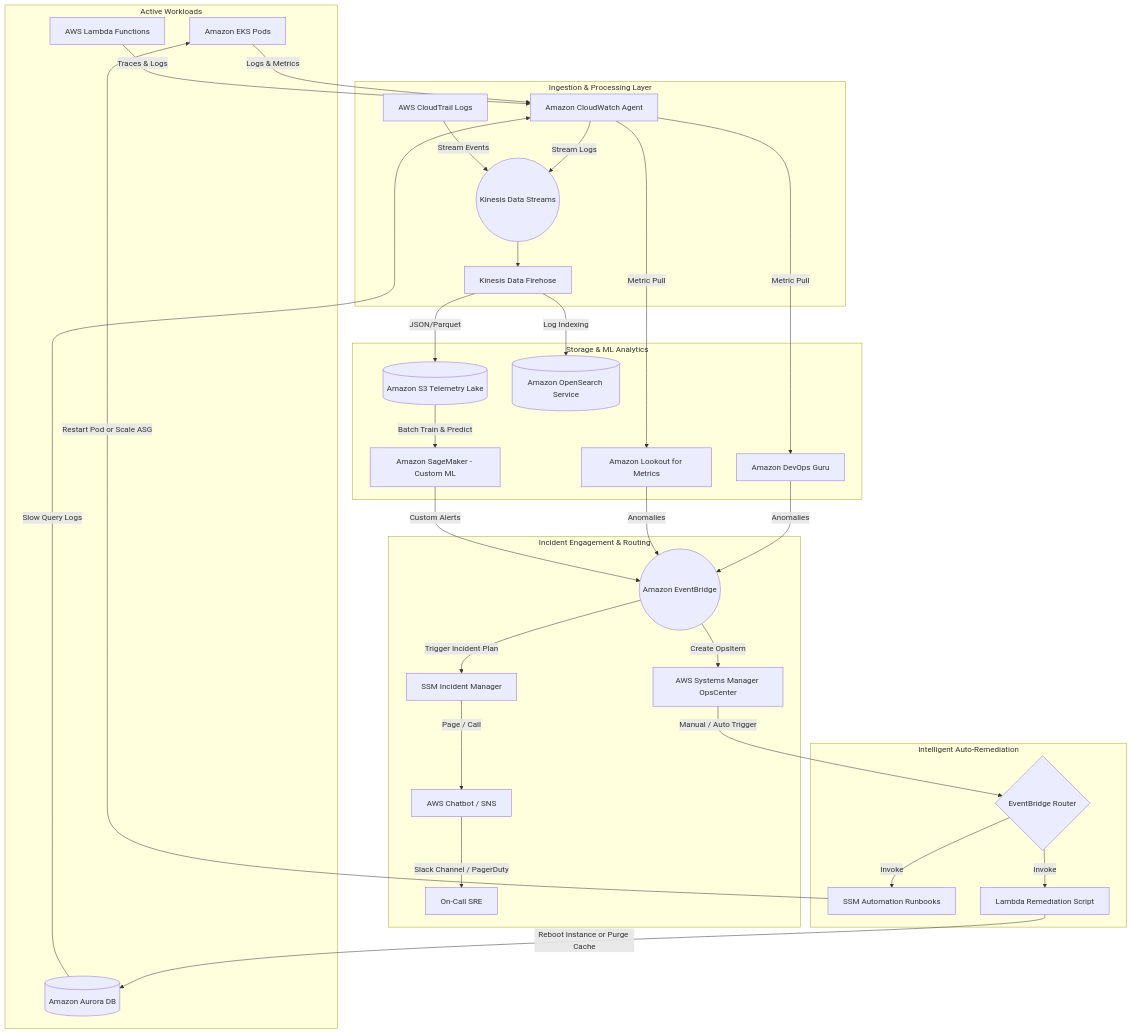
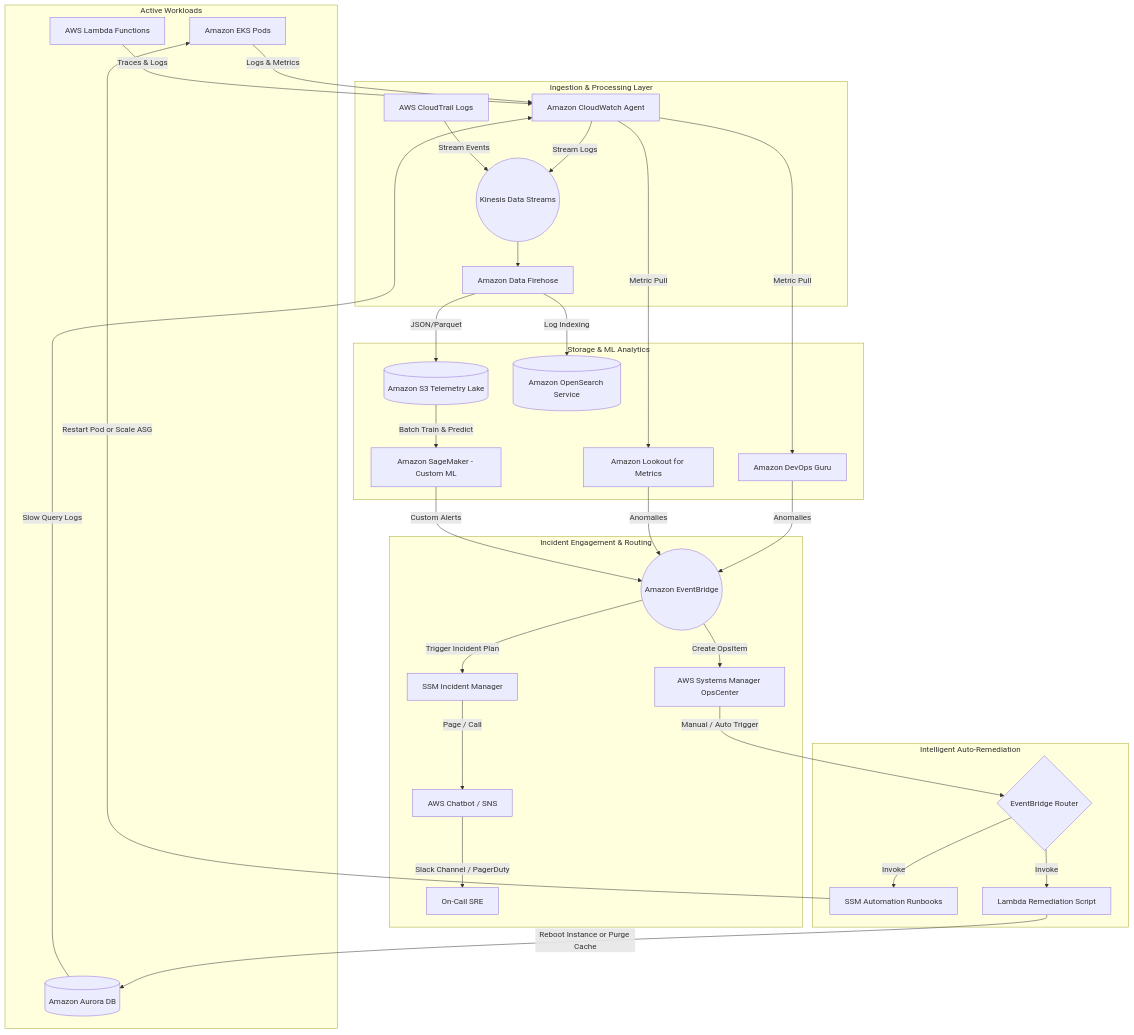
Before and after one commit to himanshubhardwaj87/awesome-aws-architecture: the first of 2 diagrams in concepts/aiops-on-aws.md, drawn with Mermaid. The commit also changed other lines of this file and 18 other files, not shown here.

````diff
--- a/concepts/aiops-on-aws.md
+++ b/concepts/aiops-on-aws.md
@@ -35,74 +35,74 @@
 ```mermaid
 graph TD
     %% Telemetry Sources
     subgraph Workload [Active Workloads]
         EKS["Amazon EKS Pods"]
         RDS[("Amazon Aurora DB")]
         Lambda["AWS Lambda Functions"]
     end
     
     %% Ingest & Collect
     subgraph Ingest [Ingestion & Processing Layer]
         CW["Amazon CloudWatch Agent"]
         CT["AWS CloudTrail Logs"]
         KinesisStream(("Kinesis Data Streams"))
-        Firehose["Kinesis Data Firehose"]
+        Firehose["Amazon Data Firehose"]
     end
     
     %% Storage & Analytics
     subgraph StorageAnalytics [Storage & ML Analytics]
         S3_Lake[("Amazon S3 Telemetry Lake")]
         OpenSearch[("Amazon OpenSearch Service")]
         DevOpsGuru["Amazon DevOps Guru"]
         LookoutMetrics["Amazon Lookout for Metrics"]
         SageMaker["Amazon SageMaker - Custom ML"]
     end
     
     %% Incident Management
     subgraph Engagement [Incident Engagement & Routing]
         EventBridge(("Amazon EventBridge"))
         SSM_Ops["AWS Systems Manager OpsCenter"]
         SSM_Incident["SSM Incident Manager"]
         Chatbot["AWS Chatbot / SNS"]
         Engineer["On-Call SRE"]
     end
     
     %% Auto-Remediation
     subgraph SelfHealing [Intelligent Auto-Remediation]
         RemediationRouter{"EventBridge Router"}
         SSM_Automation["SSM Automation Runbooks"]
         LambdaHeal["Lambda Remediation Script"]
     end
 
     %% Connections
     EKS -->|"Logs & Metrics"| CW
     RDS -->|"Slow Query Logs"| CW
     Lambda -->|"Traces & Logs"| CW
     
     CW -->|"Stream Logs"| KinesisStream
     CT -->|"Stream Events"| KinesisStream
     KinesisStream --> Firehose
     
     Firehose -->|"JSON/Parquet"| S3_Lake
     Firehose -->|"Log Indexing"| OpenSearch
     
     CW -->|"Metric Pull"| DevOpsGuru
     CW -->|"Metric Pull"| LookoutMetrics
     S3_Lake -->|"Batch Train & Predict"| SageMaker
     
     DevOpsGuru -->|"Anomalies"| EventBridge
     LookoutMetrics -->|"Anomalies"| EventBridge
     SageMaker -->|"Custom Alerts"| EventBridge
     
     EventBridge -->|"Create OpsItem"| SSM_Ops
     EventBridge -->|"Trigger Incident Plan"| SSM_Incident
     SSM_Incident -->|"Page / Call"| Chatbot
     Chatbot -->|"Slack Channel / PagerDuty"| Engineer
     
     SSM_Ops -->|"Manual / Auto Trigger"| RemediationRouter
     RemediationRouter -->|"Invoke"| SSM_Automation
     RemediationRouter -->|"Invoke"| LambdaHeal
     
     SSM_Automation -->|"Restart Pod or Scale ASG"| EKS
     LambdaHeal -->|"Reboot Instance or Purge Cache"| RDS
 ```
````
